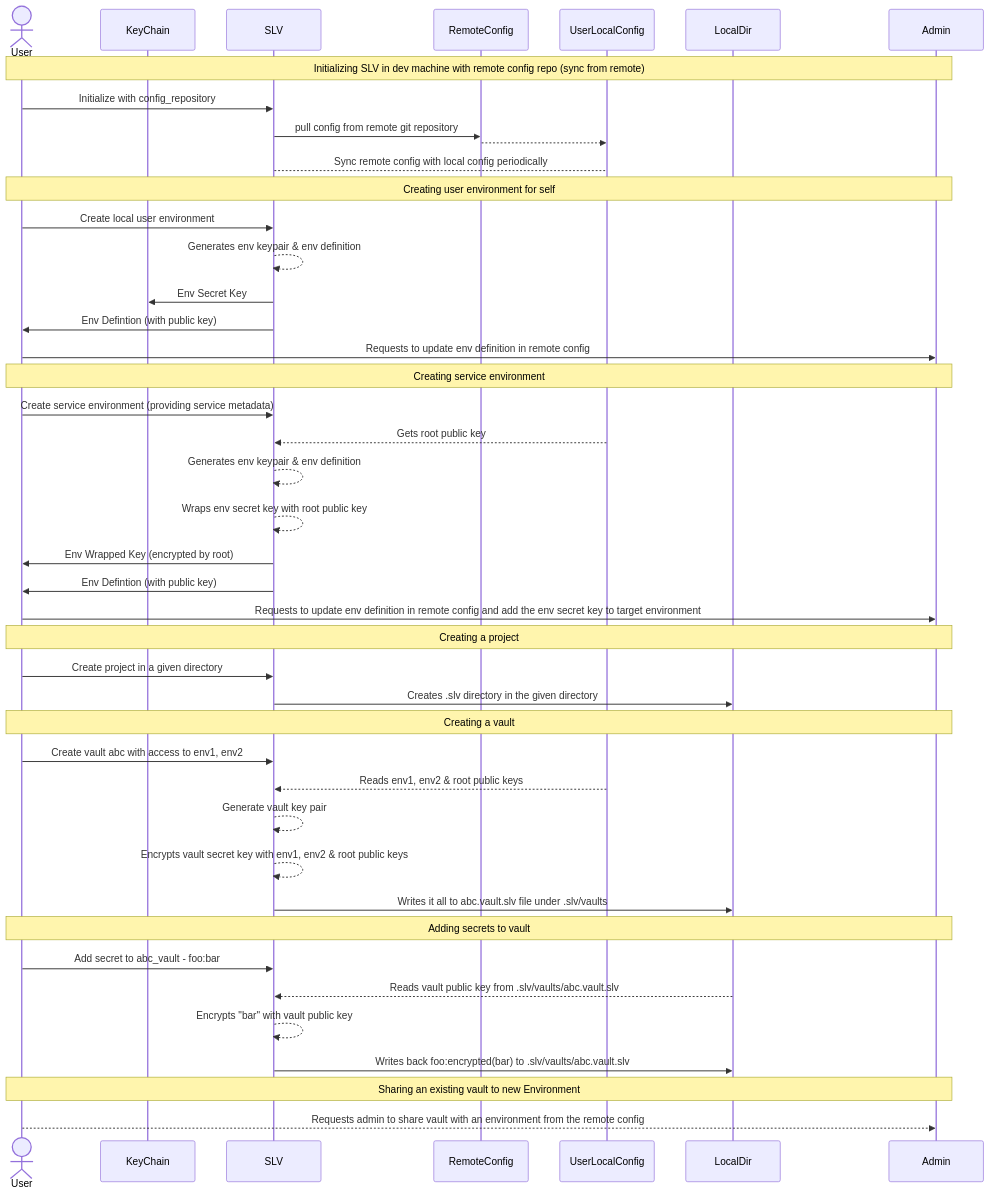
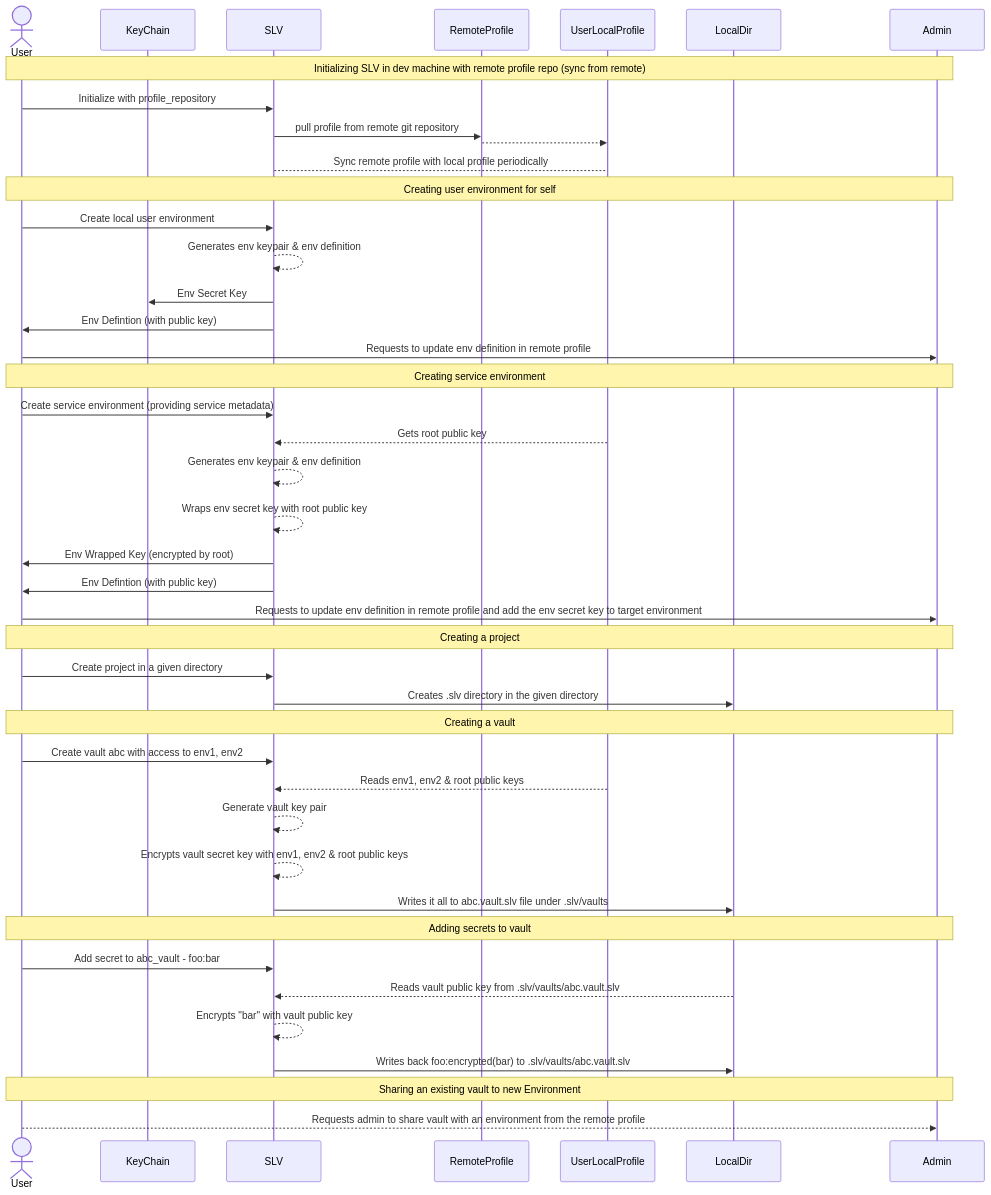
The first of 3 diagrams in README.md (amagioss/slv), drawn with Mermaid before and after one commit. The commit also changed other lines of this file and 4 other files, not shown here.

Commit message:
updating readme for config to profile changes

````diff
--- a/README.md
+++ b/README.md
@@ -44,46 +44,46 @@
 ```mermaid
 sequenceDiagram
     actor User
     participant KeyChain
     participant SLV
-    participant RemoteConfig
-    participant UserLocalConfig
+    participant RemoteProfile
+    participant UserLocalProfile
     participant LocalDir
     participant Admin
 
-    Note over User,Admin: Initializing SLV in dev machine with remote config repo (sync from remote)
-    User->>SLV: Initialize with config_repository
-    SLV->>RemoteConfig: pull config from remote git repository
-    RemoteConfig-->>UserLocalConfig: 
-    SLV-->UserLocalConfig: Sync remote config with local config periodically
+    Note over User,Admin: Initializing SLV in dev machine with remote profile repo (sync from remote)
+    User->>SLV: Initialize with profile_repository
+    SLV->>RemoteProfile: pull profile from remote git repository
+    RemoteProfile-->>UserLocalProfile: 
+    SLV-->UserLocalProfile: Sync remote profile with local profile periodically
     Note over User,Admin: Creating user environment for self
     User->>SLV: Create local user environment
     SLV-->>SLV: Generates env keypair & env definition
     SLV->>KeyChain: Env Secret Key
     SLV->>User: Env Defintion (with public key)
-    User->>Admin: Requests to update env definition in remote config
+    User->>Admin: Requests to update env definition in remote profile
     Note over User,Admin: Creating service environment
     User->>SLV: Create service environment (providing service metadata)
-    UserLocalConfig-->>SLV: Gets root public key
+    UserLocalProfile-->>SLV: Gets root public key
     SLV-->>SLV: Generates env keypair & env definition
     SLV-->>SLV: Wraps env secret key with root public key
     SLV->>User: Env Wrapped Key (encrypted by root)
     SLV->>User: Env Defintion (with public key)
-    User->>Admin: Requests to update env definition in remote config and add the env secret key to target environment
+    User->>Admin: Requests to update env definition in remote profile and add the env secret key to target environment
     Note over User,Admin: Creating a project
     User->>SLV: Create project in a given directory
     SLV->>LocalDir: Creates .slv directory in the given directory
     Note over User,Admin: Creating a vault
     User->>SLV: Create vault abc with access to env1, env2
-    UserLocalConfig-->>SLV: Reads env1, env2 & root public keys
+    UserLocalProfile-->>SLV: Reads env1, env2 & root public keys
     SLV-->>SLV: Generate vault key pair
     SLV-->>SLV: Encrypts vault secret key with env1, env2 & root public keys
     SLV->>LocalDir: Writes it all to abc.vault.slv file under .slv/vaults
     Note over User,Admin: Adding secrets to vault
     User->>SLV: Add secret to abc_vault - foo:bar
     LocalDir-->>SLV: Reads vault public key from .slv/vaults/abc.vault.slv
     SLV-->>SLV: Encrypts "bar" with vault public key
     SLV->>LocalDir: Writes back foo:encrypted(bar) to .slv/vaults/abc.vault.slv
     Note over User,Admin: Sharing an existing vault to new Environment
-    User-->>Admin: Requests admin to share vault with an environment from the remote config
+    User-->>Admin: Requests admin to share vault with an environment from the remote profile
 ```
````
